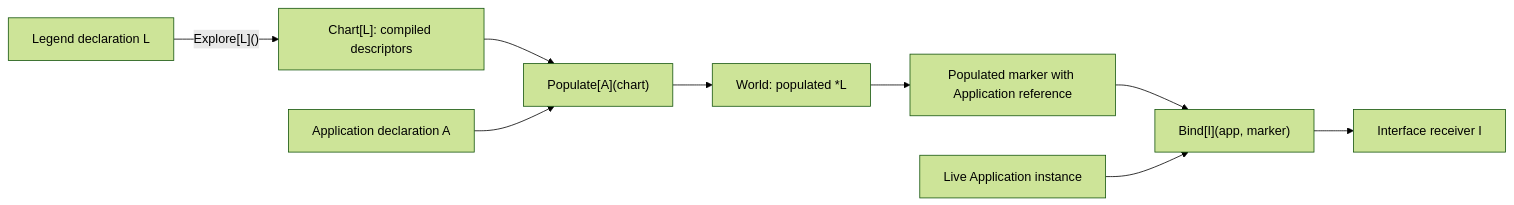
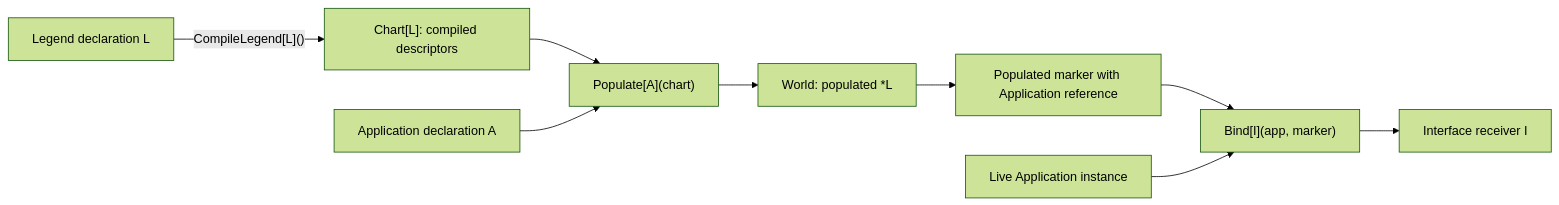
One commit to Qlustra/sail changed the diagram in readme.md. Above: the diagram before and after it, drawn with Mermaid (forest theme). The commit also changed other lines of this file and 14 other files, not shown here.

Commit message:
rename chart exploration to compile

````diff
--- a/readme.md
+++ b/readme.md
@@ -65,11 +65,11 @@
 ```mermaid
 flowchart LR
-    L["Legend declaration L"] -->|"Explore[L]()"| C["Chart[L]: compiled descriptors"]
+    L["Legend declaration L"] -->|"CompileLegend[L]()"| C["Chart[L]: compiled descriptors"]
     C --> P["Populate[A](chart)"]
     A["Application declaration A"] --> P
     P --> W["World: populated *L"]
     W --> M["Populated marker with Application reference"]
     M --> B["Bind[I](app, marker)"]
     I["Live Application instance"] --> B
     B --> R["Interface receiver I"]
 ```
````
